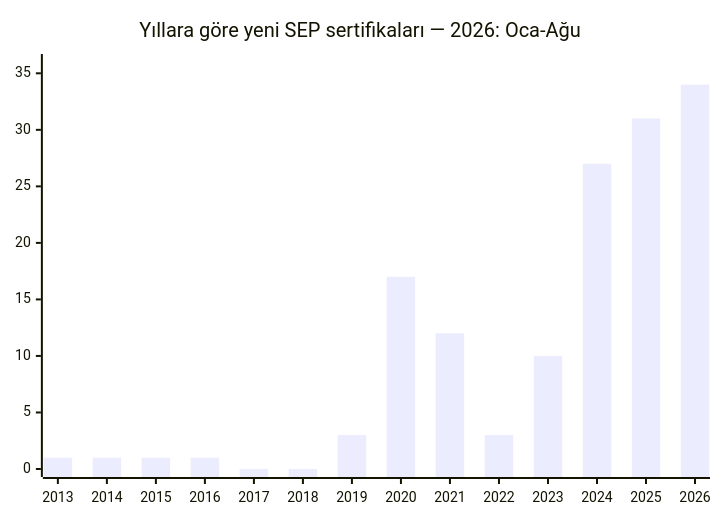
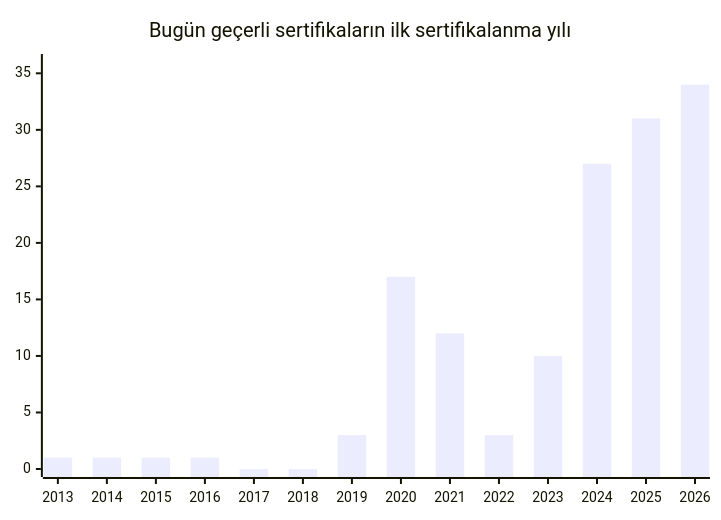
One commit to Mavrikant/mavrikant.github.io changed the second of 3 diagrams in _posts/2026-08-28-incose-csep-sertifikasyonu-yolculugum.md. Above: the diagram before and after it, drawn with Mermaid. The commit also changed other lines of this file, not shown here.

First line of the commit message:
Türkiye analizini hayatta kalma yanlılığına göre düzelt

```diff
--- a/_posts/2026-08-28-incose-csep-sertifikasyonu-yolculugum.md
+++ b/_posts/2026-08-28-incose-csep-sertifikasyonu-yolculugum.md
@@ -293,7 +295,7 @@
 <div class="mermaid">
 xychart-beta
-    title "Yıllara göre yeni SEP sertifikaları — 2026: Oca-Ağu"
+    title "Bugün geçerli sertifikaların ilk sertifikalanma yılı"
     x-axis ["2013", "2014", "2015", "2016", "2017", "2018", "2019", "2020", "2021", "2022", "2023", "2024", "2025", "2026"]
     y-axis 0 --> 36
     bar [1, 1, 1, 1, 0, 0, 3, 17, 12, 3, 10, 27, 31, 34]
 </div>
```
